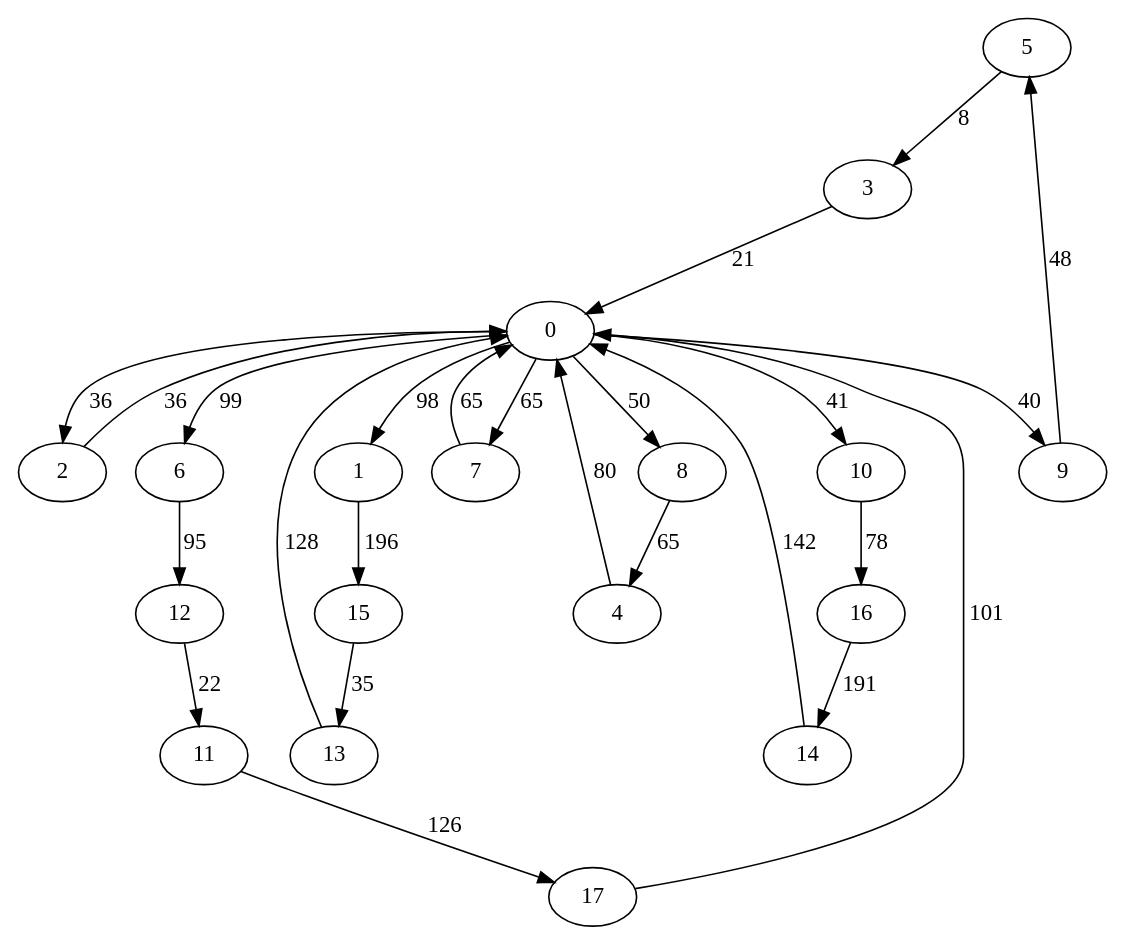
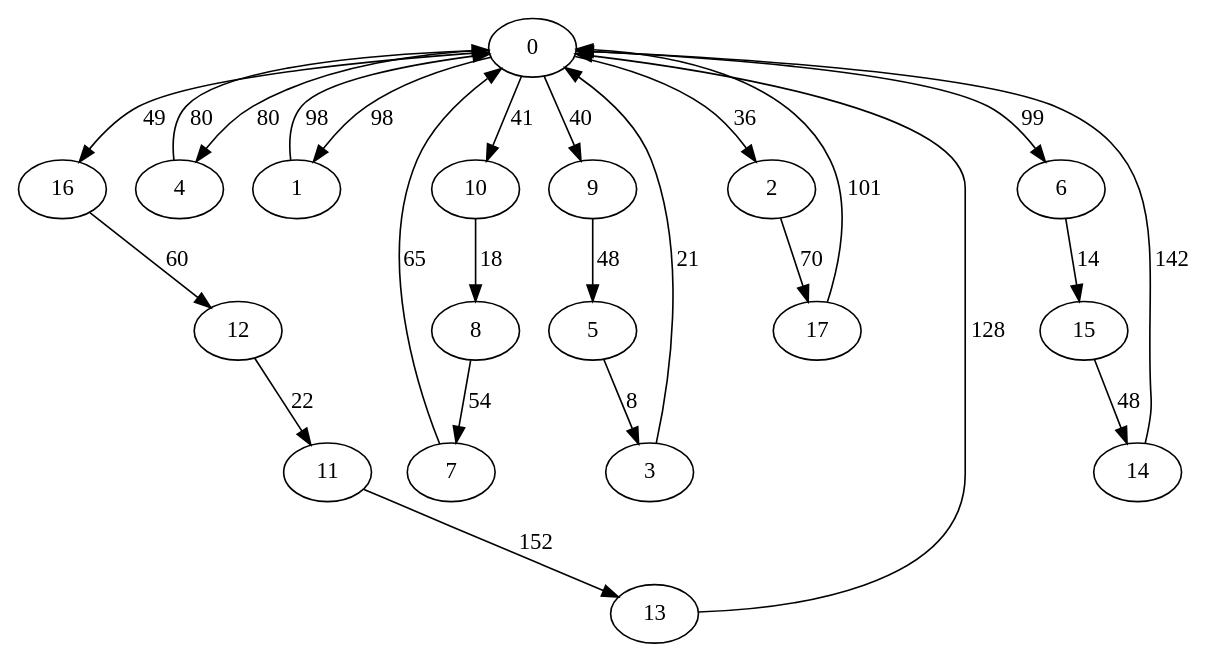
Before and after one commit to akosej/vehicle_routing: the diagram in grafos/iteration7.dot, drawn with Graphviz. The commit also changed 9 other files, not shown here.

```diff
--- a/grafos/iteration7.dot
+++ b/grafos/iteration7.dot
@@ -1,45 +1,45 @@
 digraph G {
-	5->3[ label=8 ];
-	8->4[ label=65 ];
-	2->0[ label=36 ];
-	1->15[ label=196 ];
-	6->12[ label=95 ];
-	15->13[ label=35 ];
+	0->10[ label=41 ];
+	0->4[ label=80 ];
+	0->1[ label=98 ];
+	0->16[ label=49 ];
+	0->9[ label=40 ];
+	0->6[ label=99 ];
+	0->2[ label=36 ];
 	13->0[ label=128 ];
 	9->5[ label=48 ];
-	11->17[ label=126 ];
+	2->17[ label=70 ];
+	17->0[ label=101 ];
+	7->0[ label=65 ];
+	3->0[ label=21 ];
+	1->0[ label=98 ];
+	16->12[ label=60 ];
+	11->13[ label=152 ];
+	6->15[ label=14 ];
+	10->8[ label=18 ];
 	4->0[ label=80 ];
+	12->11[ label=22 ];
+	5->3[ label=8 ];
+	15->14[ label=48 ];
 	14->0[ label=142 ];
-	7->0[ label=65 ];
-	0->8[ label=50 ];
-	0->10[ label=41 ];
-	0->2[ label=36 ];
-	0->7[ label=65 ];
-	0->1[ label=98 ];
-	0->9[ label=40 ];
-	0->6[ label=99 ];
-	12->11[ label=22 ];
-	17->0[ label=101 ];
-	10->16[ label=78 ];
-	16->14[ label=191 ];
-	3->0[ label=21 ];
+	8->7[ label=54 ];
 	0 [ label=0 ];
 	1 [ label=1 ];
 	10 [ label=10 ];
 	11 [ label=11 ];
 	12 [ label=12 ];
 	13 [ label=13 ];
 	14 [ label=14 ];
 	15 [ label=15 ];
 	16 [ label=16 ];
 	17 [ label=17 ];
 	2 [ label=2 ];
 	3 [ label=3 ];
 	4 [ label=4 ];
 	5 [ label=5 ];
 	6 [ label=6 ];
 	7 [ label=7 ];
 	8 [ label=8 ];
 	9 [ label=9 ];
 
 }
```
